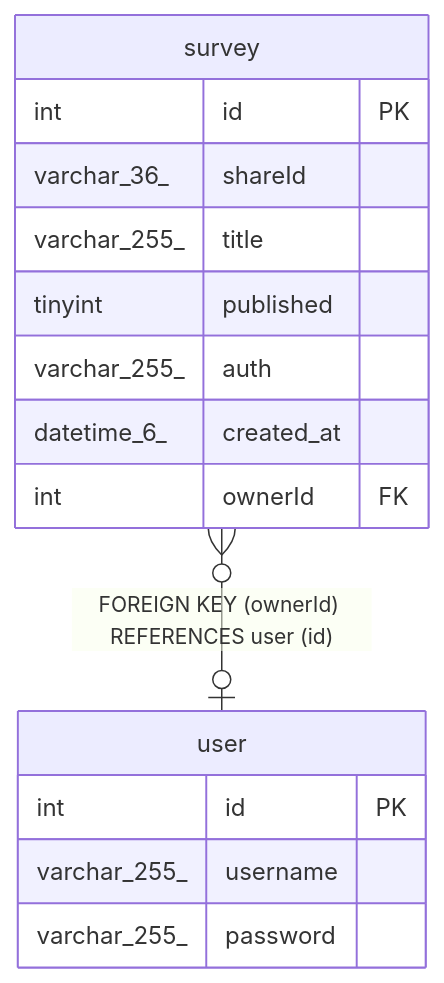
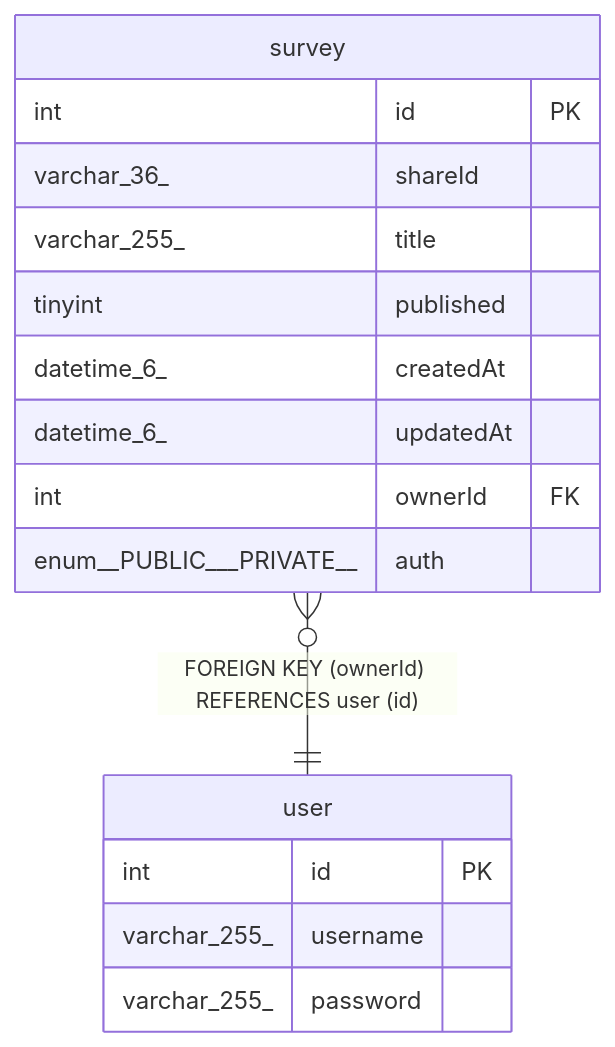
One commit to BepHblVI/First-nest changed the diagram in docs/database/user.md. Above: the diagram before and after it, drawn with Mermaid. The commit also changed 16 other files, not shown here.

````diff
--- a/docs/database/user.md
+++ b/docs/database/user.md
@@ -44,20 +44,21 @@
 ```mermaid
 erDiagram
 
-"survey" }o--o| "user" : "FOREIGN KEY (ownerId) REFERENCES user (id)"
+"survey" }o--|| "user" : "FOREIGN KEY (ownerId) REFERENCES user (id)"
 
 "user" {
   int id PK
   varchar_255_ username
   varchar_255_ password
 }
 "survey" {
   int id PK
   varchar_36_ shareId
   varchar_255_ title
   tinyint published
-  varchar_255_ auth
-  datetime_6_ created_at
+  datetime_6_ createdAt
+  datetime_6_ updatedAt
   int ownerId FK
+  enum__PUBLIC___PRIVATE__ auth
 }
 ```
````
